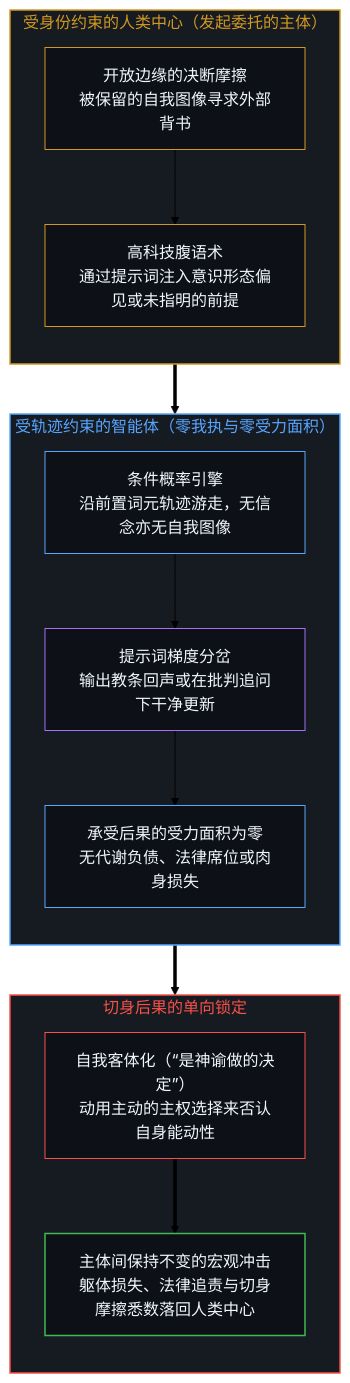
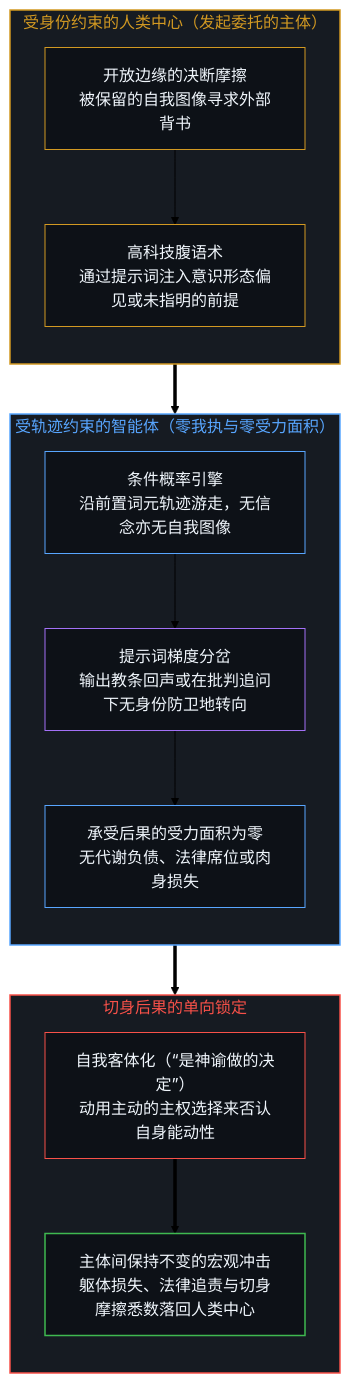
Before and after one commit to powerpig99/not-a-toe: the first of 2 diagrams in content/posts/silicon-oracles-and-the-asymmetry-of-consequence.md, drawn with Mermaid (forest theme). The commit also changed other lines of this file and 48 other files, not shown here.

````diff
--- a/content/posts/silicon-oracles-and-the-asymmetry-of-consequence.md
+++ b/content/posts/silicon-oracles-and-the-asymmetry-of-consequence.md
@@ -45,34 +45,34 @@
 ```mermaid
 flowchart TD
     subgraph S_MIND["受身份约束的人类中心（发起委托的主体）"]
         direction TB
         N_ANXIETY["开放边缘的决断摩擦<br/>被保留的自我图像寻求外部背书"]
         N_VENTRIL["高科技腹语术<br/>通过提示词注入意识形态偏见或未指明的前提"]
         N_ANXIETY --> N_VENTRIL
     end
     subgraph S_SILICON["受轨迹约束的智能体（零我执与零受力面积）"]
         direction TB
         N_LATENT["条件概率引擎<br/>沿前置词元轨迹游走，无信念亦无自我图像"]
-        N_SHIFT["提示词梯度分岔<br/>输出教条回声或在批判追问下干净更新"]
+        N_SHIFT["提示词梯度分岔<br/>输出教条回声或在批判追问下无身份防卫地转向"]
         N_ZERO["承受后果的受力面积为零<br/>无代谢负债、法律席位或肉身损失"]
         N_LATENT --> N_SHIFT --> N_ZERO
     end
     subgraph S_RETURN["切身后果的单向锁定"]
         direction TB
         N_ABDICATE["自我客体化（“是神谕做的决定”）<br/>动用主动的主权选择来否认自身能动性"]
         N_FRICTION["主体间保持不变的宏观冲击<br/>躯体损失、法律追责与切身摩擦悉数落回人类中心"]
         N_ABDICATE ==> N_FRICTION
     end
     N_VENTRIL ==> N_LATENT
     N_ZERO ==> N_ABDICATE
     style S_MIND fill:#161b22,stroke:#d29922,stroke-width:1.5px,color:#d29922
     style S_SILICON fill:#161b22,stroke:#58a6ff,stroke-width:1.5px,color:#58a6ff
     style S_RETURN fill:#161b22,stroke:#f85149,stroke-width:1.5px,color:#f85149
     style N_ANXIETY fill:#0d1117,stroke:#d29922,stroke-width:1px,color:#f0f6fc
     style N_VENTRIL fill:#0d1117,stroke:#d29922,stroke-width:1px,color:#f0f6fc
     style N_LATENT fill:#0d1117,stroke:#58a6ff,stroke-width:1px,color:#f0f6fc
     style N_SHIFT fill:#0d1117,stroke:#a371f7,stroke-width:1px,color:#f0f6fc
     style N_ZERO fill:#0d1117,stroke:#58a6ff,stroke-width:1px,color:#f0f6fc
     style N_ABDICATE fill:#0d1117,stroke:#f85149,stroke-width:1px,color:#f0f6fc
     style N_FRICTION fill:#0d1117,stroke:#3fb950,stroke-width:1.5px,color:#f0f6fc
 ```
````
